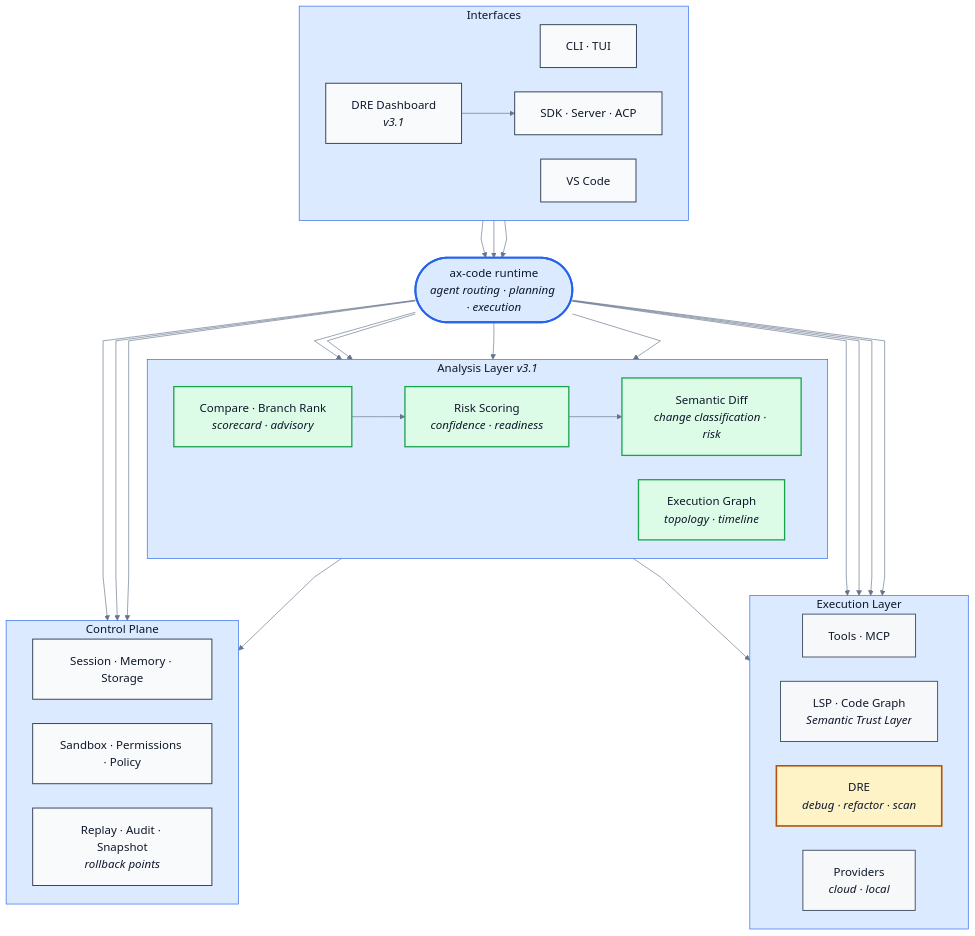
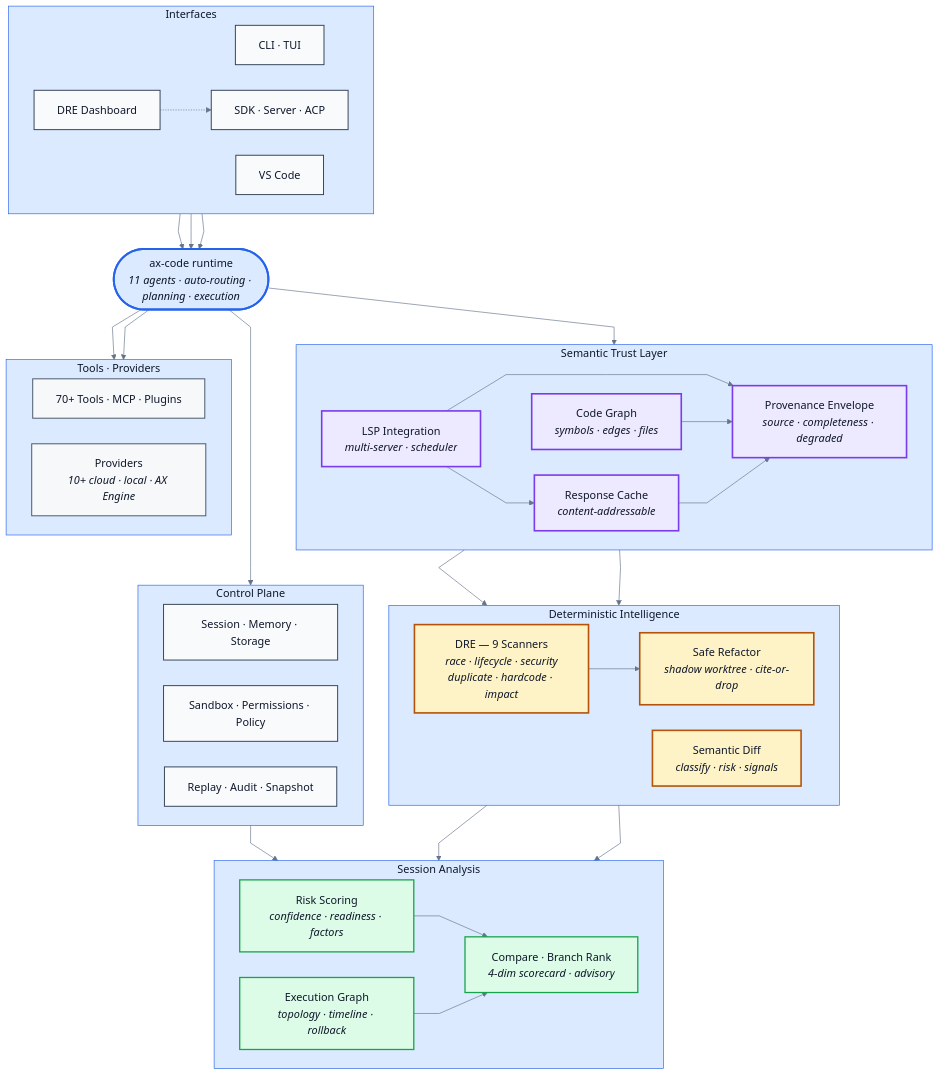
Before and after one commit to defai-digital/ax-code: the diagram in docs/ax-code-runtime.mmd, drawn with Mermaid. The commit also changed 2 other files, not shown here.

Commit message:
docs: redesign runtime architecture diagram around Semantic Trust Layer
Rethink the architecture diagram to emphasize the Semantic Trust Layer
as the central foundation, with data flowing downward through three
tiers:

1. Semantic Trust Layer (purple) — LSP integration, code graph,
   response cache, provenance envelope. The trust foundation.

2. Deterministic Intelligence (amber) — DRE with 9 scanners, safe
   refactoring via shadow worktree, semantic diff classification.
   Built ON the semantic layer, not beside it.

3. Session Analysis (green) — risk scoring, compare/branch rank,
   execution graph. Consumes both semantic and deterministic signals.

The diagram now shows real data flow relationships:
- LSP → Cache → Envelope (internal semantic flow)
- Semantic Layer → DRE → Session Analysis (layered dependency)
- Replay/Audit → Execution Graph → Compare (event-driven analysis)
- Semantic Diff → Risk → Compare (signal aggregation chain)

README text restructured to match: leads with Semantic Trust Layer,
then Deterministic Intelligence, then Session Analysis, then
Execution and Control Plane.

```diff
--- a/docs/ax-code-runtime.mmd
+++ b/docs/ax-code-runtime.mmd
@@ -1,95 +1,113 @@
 %%{init: {
   "theme": "base",
   "themeVariables": {
     "background": "#ffffff",
     "primaryColor": "#f8fafc",
     "primaryTextColor": "#0f172a",
     "primaryBorderColor": "#0f172a",
     "lineColor": "#64748b",
     "secondaryColor": "#e2e8f0",
     "secondaryTextColor": "#0f172a",
     "secondaryBorderColor": "#334155",
     "tertiaryColor": "#dbeafe",
     "tertiaryTextColor": "#0f172a",
     "tertiaryBorderColor": "#2563eb",
     "fontFamily": "ui-sans-serif, -apple-system, BlinkMacSystemFont, Segoe UI, Helvetica, Arial, sans-serif",
-    "fontSize": "18px"
+    "fontSize": "17px"
   },
   "flowchart": {
     "curve": "linear",
     "htmlLabels": true,
-    "nodeSpacing": 38,
-    "rankSpacing": 58,
-    "padding": 20
+    "nodeSpacing": 40,
+    "rankSpacing": 55,
+    "padding": 18
   }
 }}%%
 
 flowchart TB
   subgraph A["Interfaces"]
     direction LR
     CLI["CLI · TUI"]
     SDK["SDK · Server · ACP"]
     VSC["VS Code"]
-    DASH["DRE Dashboard<br/><i>v3.1</i>"]
+    DASH["DRE Dashboard"]
   end
 
-  R(["ax-code runtime<br/><i>agent routing · planning · execution</i>"])
+  R(["ax-code runtime<br/><i>11 agents · auto-routing · planning · execution</i>"])
 
-  subgraph X["Execution Layer"]
+  subgraph S["Semantic Trust Layer"]
     direction LR
-    TL["Tools · MCP"]
-    LS["LSP · Code Graph<br/><i>Semantic Trust Layer</i>"]
-    DRE["DRE<br/><i>debug · refactor · scan</i>"]
-    PV["Providers<br/><i>cloud · local</i>"]
+    LSP["LSP Integration<br/><i>multi-server · scheduler</i>"]
+    CG["Code Graph<br/><i>symbols · edges · files</i>"]
+    CACHE["Response Cache<br/><i>content-addressable</i>"]
+    ENV["Provenance Envelope<br/><i>source · completeness · degraded</i>"]
   end
 
-  subgraph V["Analysis Layer <i>v3.1</i>"]
+  subgraph D["Deterministic Intelligence"]
     direction LR
-    SEM["Semantic Diff<br/><i>change classification · risk</i>"]
-    RISK["Risk Scoring<br/><i>confidence · readiness</i>"]
-    CMP["Compare · Branch Rank<br/><i>scorecard · advisory</i>"]
-    EG["Execution Graph<br/><i>topology · timeline</i>"]
+    DRE["DRE — 9 Scanners<br/><i>race · lifecycle · security<br/>duplicate · hardcode · impact</i>"]
+    REF["Safe Refactor<br/><i>shadow worktree · cite-or-drop</i>"]
+    SEM["Semantic Diff<br/><i>classify · risk · signals</i>"]
+  end
+
+  subgraph V["Session Analysis"]
+    direction LR
+    RISK["Risk Scoring<br/><i>confidence · readiness · factors</i>"]
+    CMP["Compare · Branch Rank<br/><i>4-dim scorecard · advisory</i>"]
+    EG["Execution Graph<br/><i>topology · timeline · rollback</i>"]
+  end
+
+  subgraph T["Tools · Providers"]
+    direction LR
+    TL["70+ Tools · MCP · Plugins"]
+    PV["Providers<br/><i>10+ cloud · local · AX Engine</i>"]
   end
 
   subgraph C["Control Plane"]
     direction LR
     ST["Session · Memory · Storage"]
     SG["Sandbox · Permissions · Policy"]
-    OB["Replay · Audit · Snapshot<br/><i>rollback points</i>"]
+    OB["Replay · Audit · Snapshot"]
   end
 
   CLI --> R
   SDK --> R
   VSC --> R
-  DASH --> SDK
+  DASH -.-> SDK
 
-  R --> TL
-  R --> LS
-  R --> DRE
+  R --> S
+  R --> T
+  R --> C
+
+  LSP --> ENV
+  CG --> ENV
+  CACHE --> ENV
+  LSP --> CACHE
+
+  S --> D
+  DRE --> REF
+  S --> SEM
+
+  D --> V
+  OB --> EG
+  SEM --> RISK
+  RISK --> CMP
+  EG --> CMP
+
   R --> PV
-
-  R --> SEM
-  R --> RISK
-  R --> CMP
-  R --> EG
-
-  SEM --> LS
-  RISK --> SEM
-  CMP --> RISK
-  EG --> OB
-
-  R --> ST
-  R --> SG
-  R --> OB
 
   classDef runtime fill:#dbeafe,stroke:#2563eb,stroke-width:3px,color:#0f172a
   classDef surface fill:#f8fafc,stroke:#334155,stroke-width:1.5px,color:#0f172a
-  classDef exec fill:#f6f8fa,stroke:#475569,stroke-width:1.5px,color:#0f172a
-  classDef power fill:#fef3c7,stroke:#b45309,stroke-width:2.5px,color:#0f172a
+  classDef semantic fill:#ede9fe,stroke:#7c3aed,stroke-width:2.5px,color:#0f172a
+  classDef determ fill:#fef3c7,stroke:#b45309,stroke-width:2.5px,color:#0f172a
   classDef analysis fill:#dcfce7,stroke:#16a34a,stroke-width:2px,color:#0f172a
+  classDef tools fill:#f6f8fa,stroke:#475569,stroke-width:1.5px,color:#0f172a
+  classDef control fill:#f8fafc,stroke:#334155,stroke-width:1.5px,color:#0f172a
 
   class R runtime
-  class CLI,SDK,VSC,DASH,ST,SG,OB surface
-  class TL,LS,PV exec
-  class DRE power
-  class SEM,RISK,CMP,EG analysis
+  class CLI,SDK,VSC,DASH surface
+  class LSP,CG,CACHE,ENV semantic
+  class DRE,REF,SEM determ
+  class RISK,CMP,EG analysis
+  class TL,PV tools
+  class ST,SG,OB control
```
